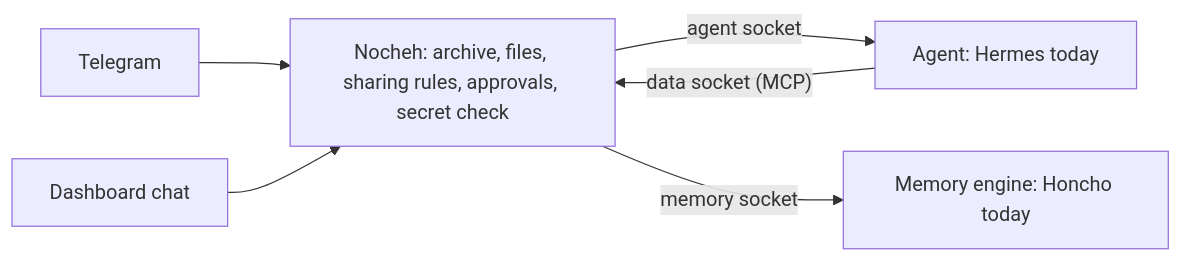
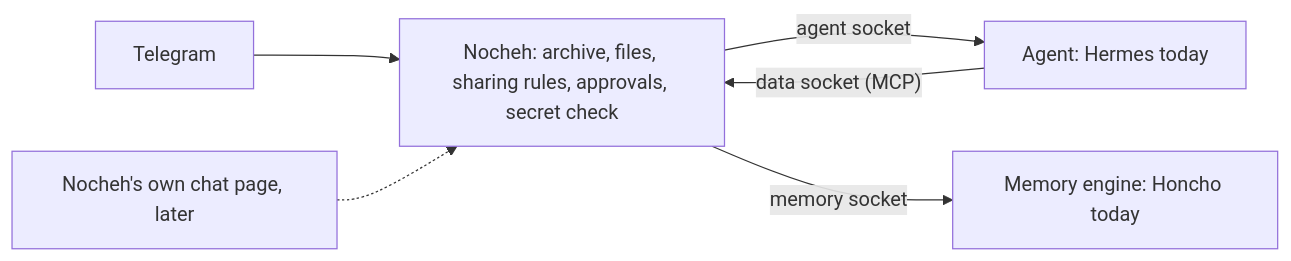
Before and after one commit to PlaygrndLabs/nocheh: the first of 2 diagrams in docs/architecture.md, drawn with Mermaid. The commit also changed other lines of this file and 57 other files, not shown here.

First line of the commit message:
feat(access): switch the chat page off and stop hermes checking pass signatures

````diff
--- a/docs/architecture.md
+++ b/docs/architecture.md
@@ -15,9 +15,9 @@
 ```mermaid
 flowchart LR
   TG["Telegram"] --> CORE
-  WEB["Dashboard chat"] --> CORE
+  NEXT["Nocheh's own chat page, later"] -.-> CORE
   CORE["Nocheh: archive, files, sharing rules, approvals, secret check"]
   CORE -- "agent socket" --> AGENT["Agent: Hermes today"]
   AGENT -- "data socket (MCP)" --> CORE
   CORE -- "memory socket" --> MEM["Memory engine: Honcho today"]
 ```
````
